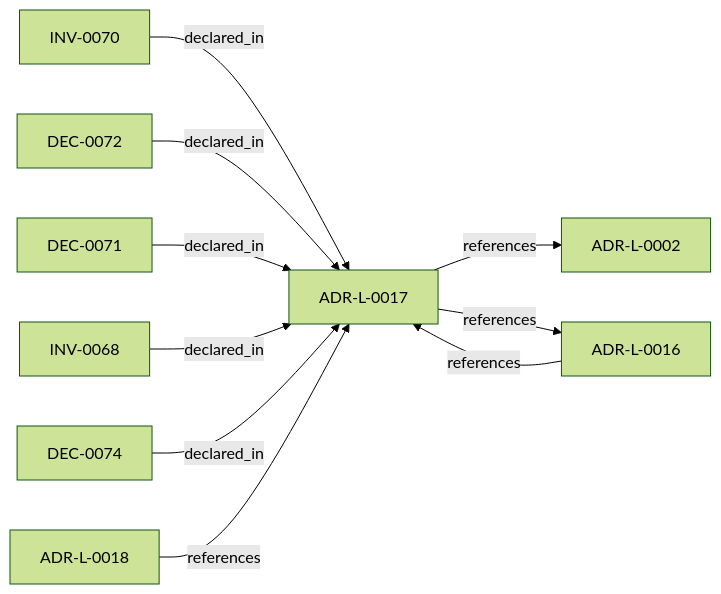
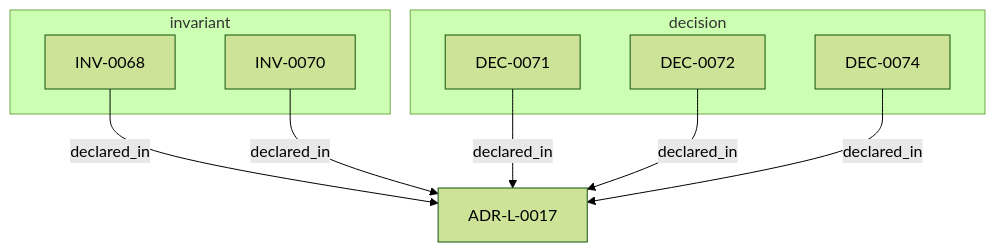
The diagram in adrs/adr-projection/logical/ADR-L-0017-forward-authoring-ergonomics-for-split-physical-adr-types.md (egallmann/adr-architecture-kit), drawn with Mermaid (forest theme) before and after one commit. The commit also changed other lines of this file and 177 other files, not shown here.

````diff
--- a/adrs/adr-projection/logical/ADR-L-0017-forward-authoring-ergonomics-for-split-physical-adr-types.md
+++ b/adrs/adr-projection/logical/ADR-L-0017-forward-authoring-ergonomics-for-split-physical-adr-types.md
@@ -37,21 +62,18 @@
 ```mermaid
-flowchart LR
-  n_019fee89_e615_7f19_810b_c7b33a9d9e0d["ADR-L-0002"]
-  n_019fee89_e617_723f_aa1f_e1c5b7f3a3e5["INV-0070"]
-  n_019fee89_e617_748e_863d_42268f44175f["DEC-0072"]
-  n_019fee89_e617_75dd_852f_1d06d442695b["DEC-0071"]
-  n_019fee89_e617_761d_950b_c04d97e04c56["INV-0068"]
-  n_019fee89_e617_7a09_bc37_afd7ae0f2927["DEC-0074"]
-  n_019fee89_e617_7f4d_811d_4862645a55c5["ADR-L-0018"]
-  n_019fee89_e617_7fe1_8d2c_cc2745c31674["ADR-L-0016"]
+flowchart TB
   n_019fee89_e617_7ff5_863b_1eef71637b0f["ADR-L-0017"]
+  subgraph sg_decision["decision"]
+    n_019fee89_e617_75dd_852f_1d06d442695b["DEC-0071"]
+    n_019fee89_e617_748e_863d_42268f44175f["DEC-0072"]
+    n_019fee89_e617_7a09_bc37_afd7ae0f2927["DEC-0074"]
+  end
+  subgraph sg_invariant["invariant"]
+    n_019fee89_e617_761d_950b_c04d97e04c56["INV-0068"]
+    n_019fee89_e617_723f_aa1f_e1c5b7f3a3e5["INV-0070"]
+  end
   n_019fee89_e617_723f_aa1f_e1c5b7f3a3e5 -->|"declared_in"| n_019fee89_e617_7ff5_863b_1eef71637b0f
   n_019fee89_e617_748e_863d_42268f44175f -->|"declared_in"| n_019fee89_e617_7ff5_863b_1eef71637b0f
   n_019fee89_e617_75dd_852f_1d06d442695b -->|"declared_in"| n_019fee89_e617_7ff5_863b_1eef71637b0f
   n_019fee89_e617_761d_950b_c04d97e04c56 -->|"declared_in"| n_019fee89_e617_7ff5_863b_1eef71637b0f
   n_019fee89_e617_7a09_bc37_afd7ae0f2927 -->|"declared_in"| n_019fee89_e617_7ff5_863b_1eef71637b0f
-  n_019fee89_e617_7f4d_811d_4862645a55c5 -->|"references"| n_019fee89_e617_7ff5_863b_1eef71637b0f
-  n_019fee89_e617_7fe1_8d2c_cc2745c31674 -->|"references"| n_019fee89_e617_7ff5_863b_1eef71637b0f
-  n_019fee89_e617_7ff5_863b_1eef71637b0f -->|"references"| n_019fee89_e615_7f19_810b_c7b33a9d9e0d
-  n_019fee89_e617_7ff5_863b_1eef71637b0f -->|"references"| n_019fee89_e617_7fe1_8d2c_cc2745c31674
 ```
````
